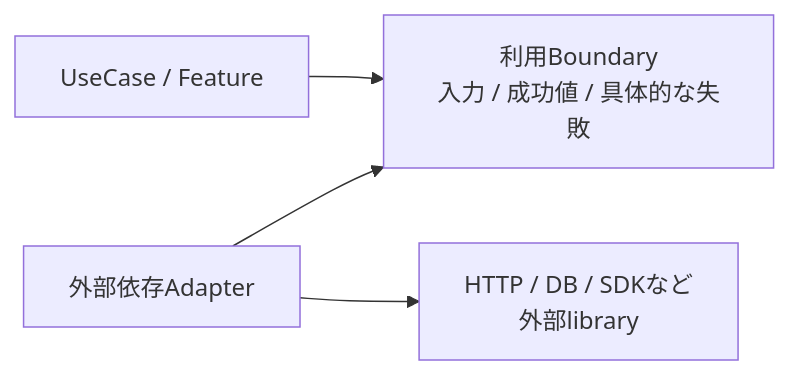
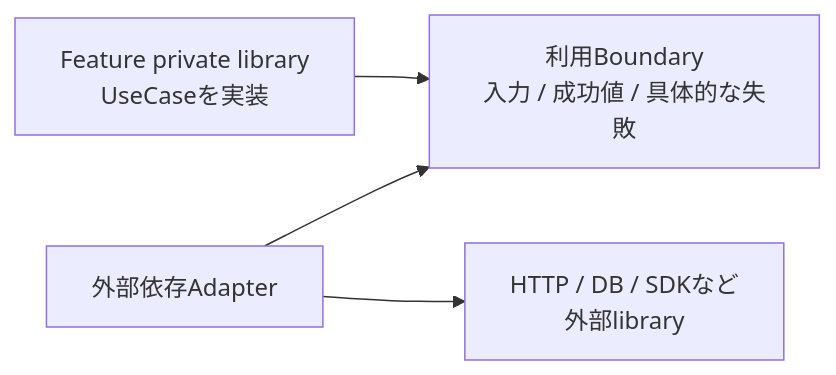
One commit to takashit16833/Workbench changed the first of 7 diagrams in Notes/RAGScope/RAGScopeアプリケーション/RS-0024 失敗型と利用境界への変換設計メモ.md. Above: the diagram before and after it, drawn with Mermaid. The commit also changed other lines of this file, not shown here.

````diff
--- a/Notes/RAGScope/RAGScopeアプリケーション/RS-0024 失敗型と利用境界への変換設計メモ.md
+++ b/Notes/RAGScope/RAGScopeアプリケーション/RS-0024 失敗型と利用境界への変換設計メモ.md
@@ -104,11 +104,11 @@
 ```mermaid
 flowchart LR
-    UC["UseCase / Feature"]
+    FEATURE["Feature private library<br>UseCaseを実装"]
     PORT["利用Boundary<br>入力 / 成功値 / 具体的な失敗"]
     ADAPTER["外部依存Adapter"]
     LIB["HTTP / DB / SDKなど<br>外部library"]
 
-    UC --> PORT
+    FEATURE --> PORT
     ADAPTER --> PORT
     ADAPTER --> LIB
 ```
````
